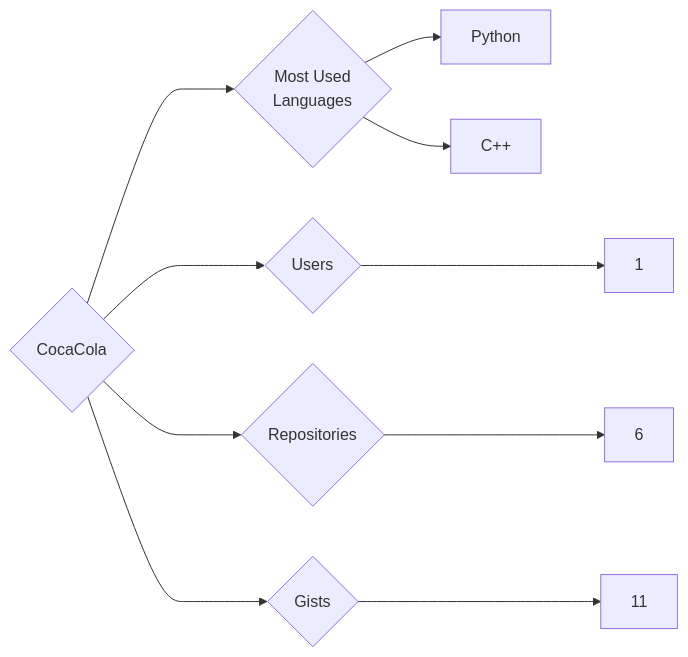
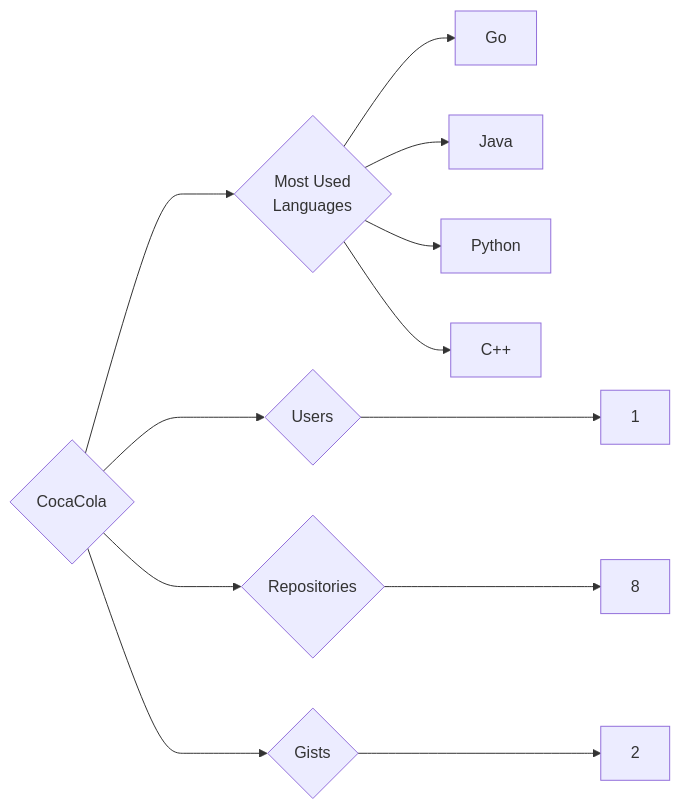
The diagram in targets/CocaCola/README.md (trickest/insiders), drawn with Mermaid before and after one commit. The commit also changed 1089 other files, not shown here.

````diff
--- a/targets/CocaCola/README.md
+++ b/targets/CocaCola/README.md
@@ -3,10 +3,12 @@
 ```mermaid
 graph LR
 COMPANY_NAME{CocaCola}
 COMPANY_NAME ---> U{Users} ---> UN[1]
-COMPANY_NAME ---> R{Repositories} ---> RN[6]
-COMPANY_NAME ---> G{Gists} ---> GN[11]
+COMPANY_NAME ---> R{Repositories} ---> RN[8]
+COMPANY_NAME ---> G{Gists} ---> GN[2]
 COMPANY_NAME ---> ML{Most Used<br>Languages}
+ML --> Go[Go]
+ML --> Java[Java]
 ML --> Python[Python]
 ML --> C++[C++]
 ```
````
